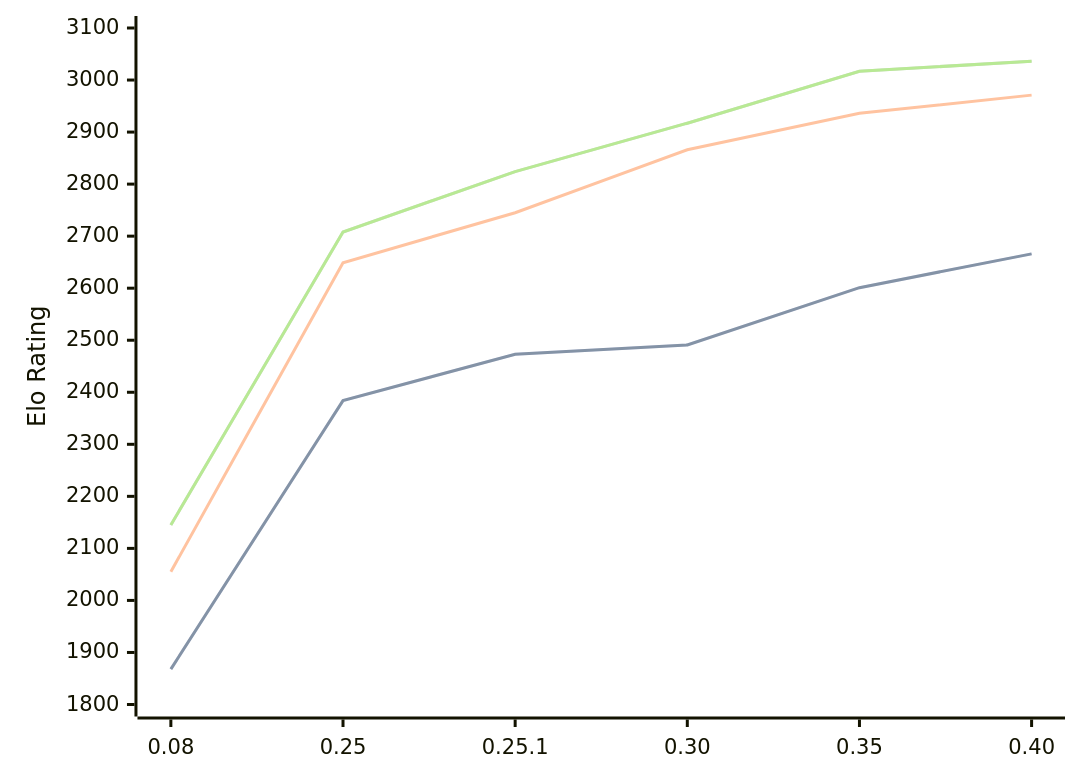
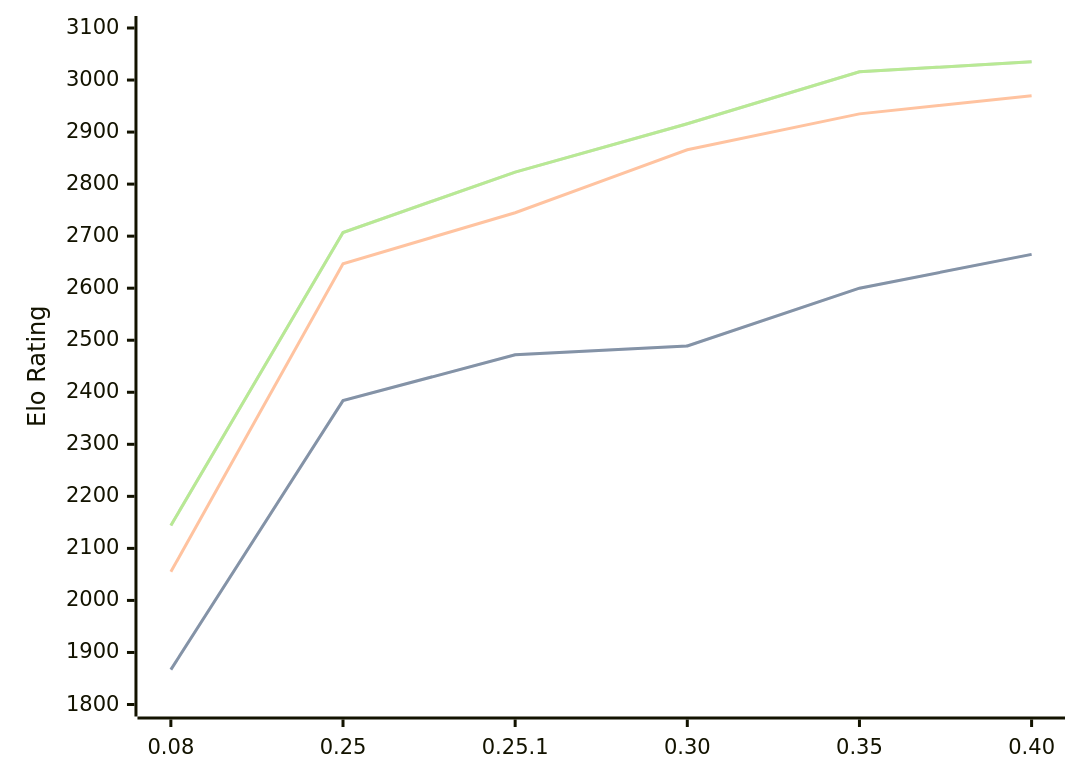
One commit to computer-chess-index/cci changed the diagram in engines/Gecko.md. Above: the diagram before and after it, drawn with Mermaid. The commit also changed other lines of this file, not shown here.

Commit message:
Update CCI Ratings (ELO VLTC) - 2026-08-04

````diff
--- a/engines/Gecko.md
+++ b/engines/Gecko.md
@@ -36,11 +36,11 @@
 ```mermaid
 %%{init: {"theme":"base","themeVariables":{"seriesColors:['#a3a3a3','#222221','#faa371']}}}%%
 xychart-beta
   x-axis ["0.08", "0.25", "0.25.1", "0.30", "0.35", "0.40"]
   y-axis "Elo Rating" 1800 --> 3100
-  line "STC (8.0+0.08s)" [1868, 2384, 2473, 2491, 2601, 2666]
-  line "STC (8.0+0.08s)" [1868, 2384, 2473, 2491, 2601, 2666]
-  line "LTC (60.0+0.60s)" [2055, 2649, 2745, 2866, 2936, 2971]
-  line "VLTC (2m24s+1.12s)" [2145, 2708, 2824, 2917, 3017, 3036]
-  line "VLTC (2m24s+1.12s)" [2145, 2708, 2824, 2917, 3017, 3036]
+  line "STC (8.0+0.08s)" [1867, 2384, 2472, 2489, 2600, 2665]
+  line "STC (8.0+0.08s)" [1867, 2384, 2472, 2489, 2600, 2665]
+  line "LTC (60.0+0.60s)" [2055, 2647, 2745, 2866, 2935, 2970]
+  line "VLTC (2m24s+1.12s)" [2144, 2707, 2823, 2916, 3016, 3035]
+  line "VLTC (2m24s+1.12s)" [2144, 2707, 2823, 2916, 3016, 3035]
 ```
````
